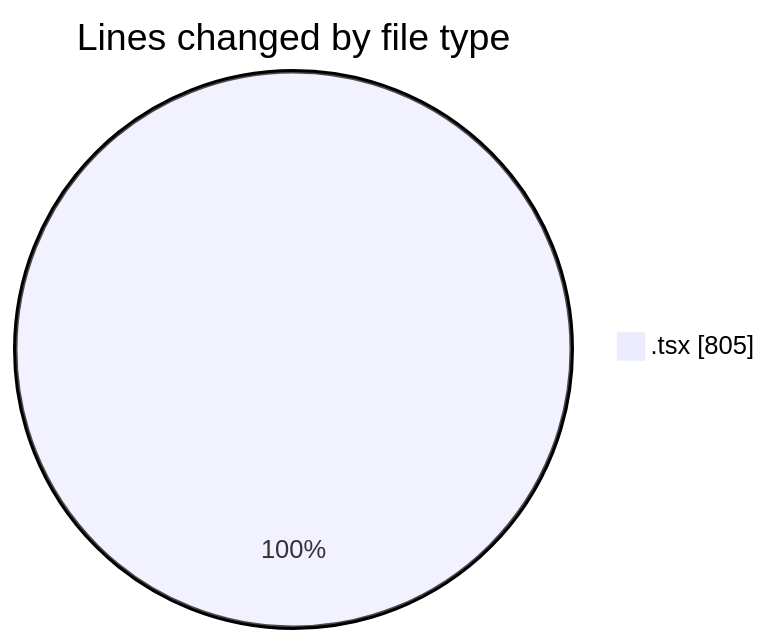
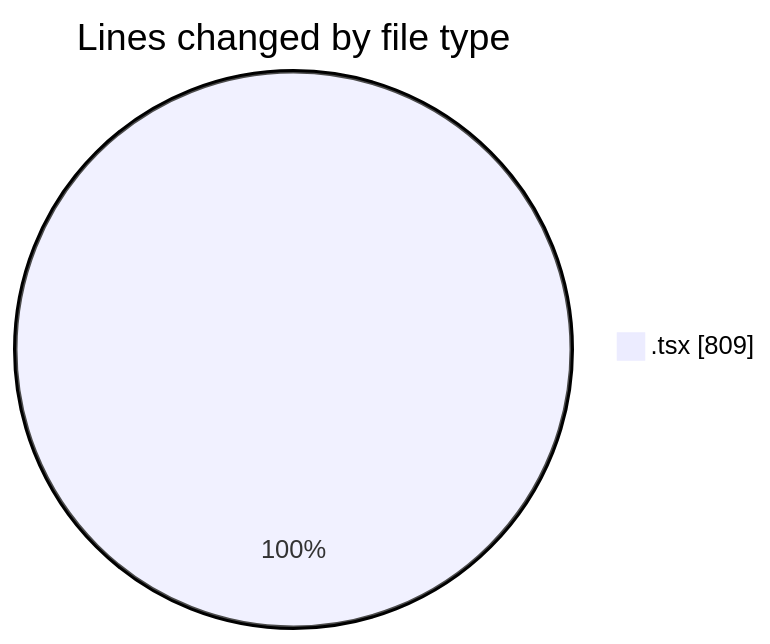
One commit to nxtqubesakshisongat/code-tracking changed the first of 2 diagrams in 2026-03-31/nxtqube_webapp/README.md. Above: the diagram before and after it, drawn with Mermaid. The commit also changed other lines of this file and 1 other file, not shown here.

````diff
--- a/2026-03-31/nxtqube_webapp/README.md
+++ b/2026-03-31/nxtqube_webapp/README.md
@@ -20,5 +20,5 @@
 ```mermaid
 pie showData
 title Lines changed by file type
-".tsx" : 805
+".tsx" : 809
 ```
````
